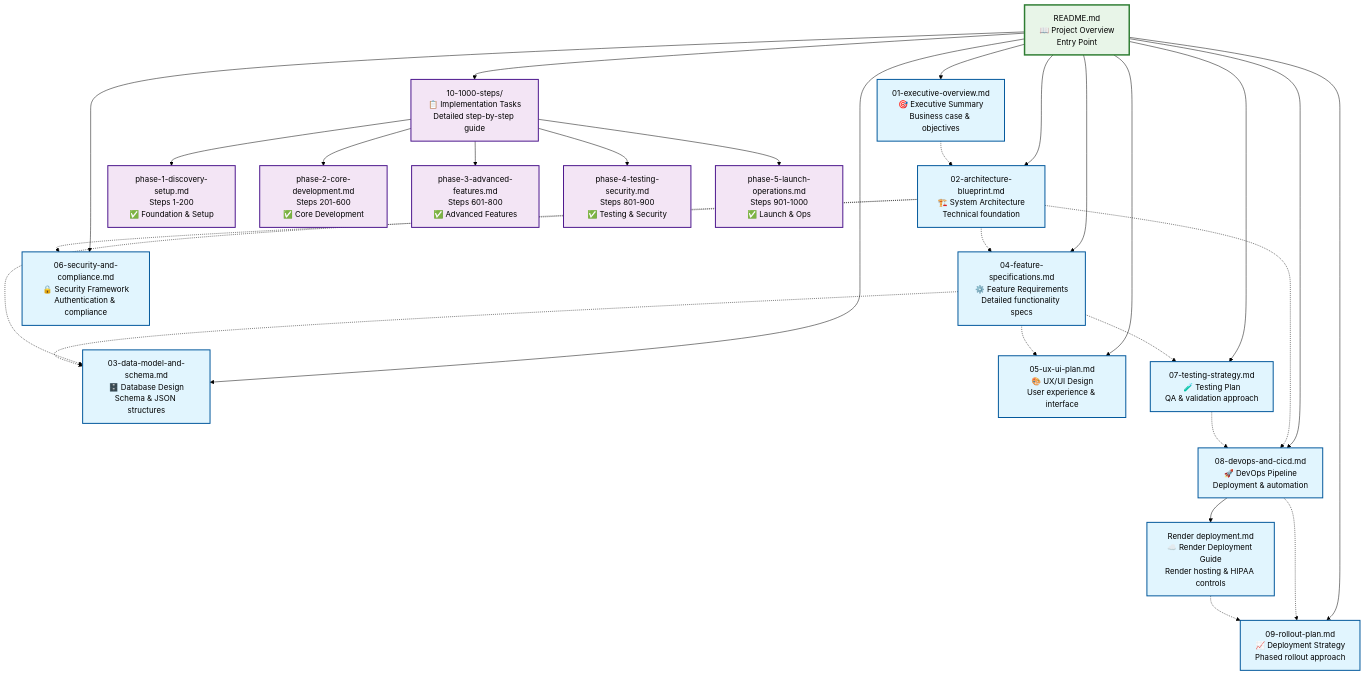
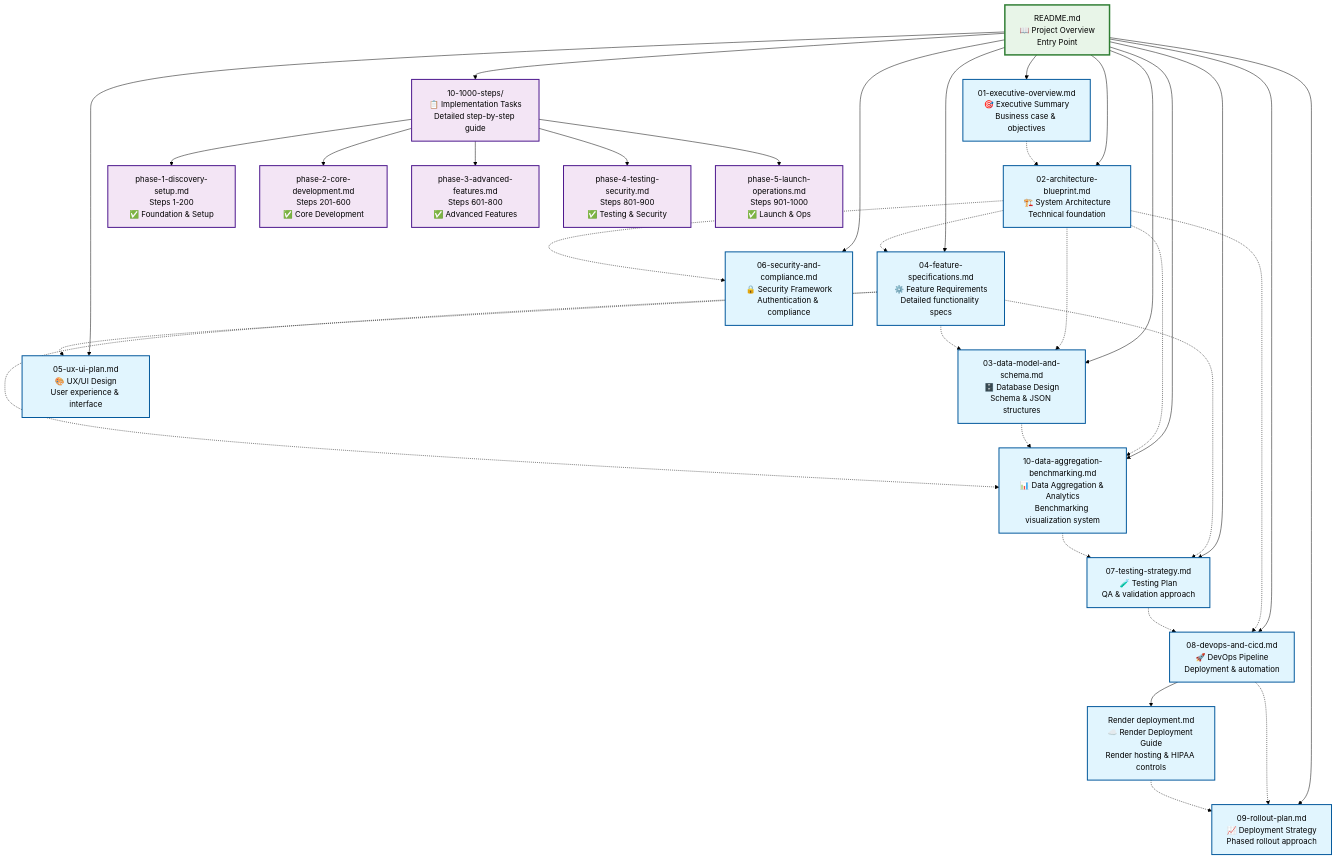
The diagram in project-structure-flowchart.md (becastil/survey-web-app), drawn with Mermaid (forest theme) before and after one commit. The commit also changed other lines of this file and 2 other files, not shown here.

````diff
--- a/project-structure-flowchart.md
+++ b/project-structure-flowchart.md
@@ -7,53 +7,61 @@
 ```mermaid
 flowchart TD
     README[README.md<br/>📖 Project Overview<br/>Entry Point] --> EXEC[01-executive-overview.md<br/>🎯 Executive Summary<br/>Business case & objectives]
     
     README --> ARCH[02-architecture-blueprint.md<br/>🏗️ System Architecture<br/>Technical foundation]
     
     README --> DATA[03-data-model-and-schema.md<br/>🗄️ Database Design<br/>Schema & JSON structures]
     
     README --> FEAT[04-feature-specifications.md<br/>⚙️ Feature Requirements<br/>Detailed functionality specs]
     
     README --> UX[05-ux-ui-plan.md<br/>🎨 UX/UI Design<br/>User experience & interface]
     
     README --> SEC[06-security-and-compliance.md<br/>🔒 Security Framework<br/>Authentication & compliance]
     
     README --> TEST[07-testing-strategy.md<br/>🧪 Testing Plan<br/>QA & validation approach]
     
     README --> DEVOPS[08-devops-and-cicd.md<br/>🚀 DevOps Pipeline<br/>Deployment & automation]
     
     DEVOPS --> RENDER[Render deployment.md<br/>☁️ Render Deployment Guide<br/>Render hosting & HIPAA controls]
     
     README --> ROLLOUT[09-rollout-plan.md<br/>📈 Deployment Strategy<br/>Phased rollout approach]
     
     README --> STEPS[10-1000-steps/<br/>📋 Implementation Tasks<br/>Detailed step-by-step guide]
     
+    README --> AGGR[10-data-aggregation-benchmarking.md<br/>📊 Data Aggregation & Analytics<br/>Benchmarking visualization system]
+    
     %% Dependencies between documents
     EXEC -.-> ARCH
     ARCH -.-> DATA
     ARCH -.-> FEAT
     FEAT -.-> DATA
     FEAT -.-> UX
     ARCH -.-> SEC
     FEAT -.-> TEST
     ARCH -.-> DEVOPS
     TEST -.-> DEVOPS
     DEVOPS -.-> ROLLOUT
     RENDER -.-> ROLLOUT
+    
+    %% Data aggregation dependencies
+    ARCH -.-> AGGR
+    DATA -.-> AGGR
+    FEAT -.-> AGGR
+    AGGR -.-> TEST
     
     %% 1000 Steps breakdown
     STEPS --> P1[phase-1-discovery-setup.md<br/>Steps 1-200<br/>✅ Foundation & Setup]
     STEPS --> P2[phase-2-core-development.md<br/>Steps 201-600<br/>✅ Core Development]
     STEPS --> P3[phase-3-advanced-features.md<br/>Steps 601-800<br/>✅ Advanced Features]
     STEPS --> P4[phase-4-testing-security.md<br/>Steps 801-900<br/>✅ Testing & Security]
     STEPS --> P5[phase-5-launch-operations.md<br/>Steps 901-1000<br/>✅ Launch & Ops]
     
     %% Style the nodes
     classDef mainDocs fill:#e1f5fe,stroke:#01579b,stroke-width:2px
     classDef phaseDocs fill:#f3e5f5,stroke:#4a148c,stroke-width:2px
     classDef readmeNode fill:#e8f5e8,stroke:#2e7d32,stroke-width:3px
     
     class README readmeNode
-    class EXEC,ARCH,DATA,FEAT,UX,SEC,TEST,DEVOPS,ROLLOUT,RENDER mainDocs
+    class EXEC,ARCH,DATA,FEAT,UX,SEC,TEST,DEVOPS,ROLLOUT,RENDER,AGGR mainDocs
     class STEPS,P1,P2,P3,P4,P5 phaseDocs
 ```
````
